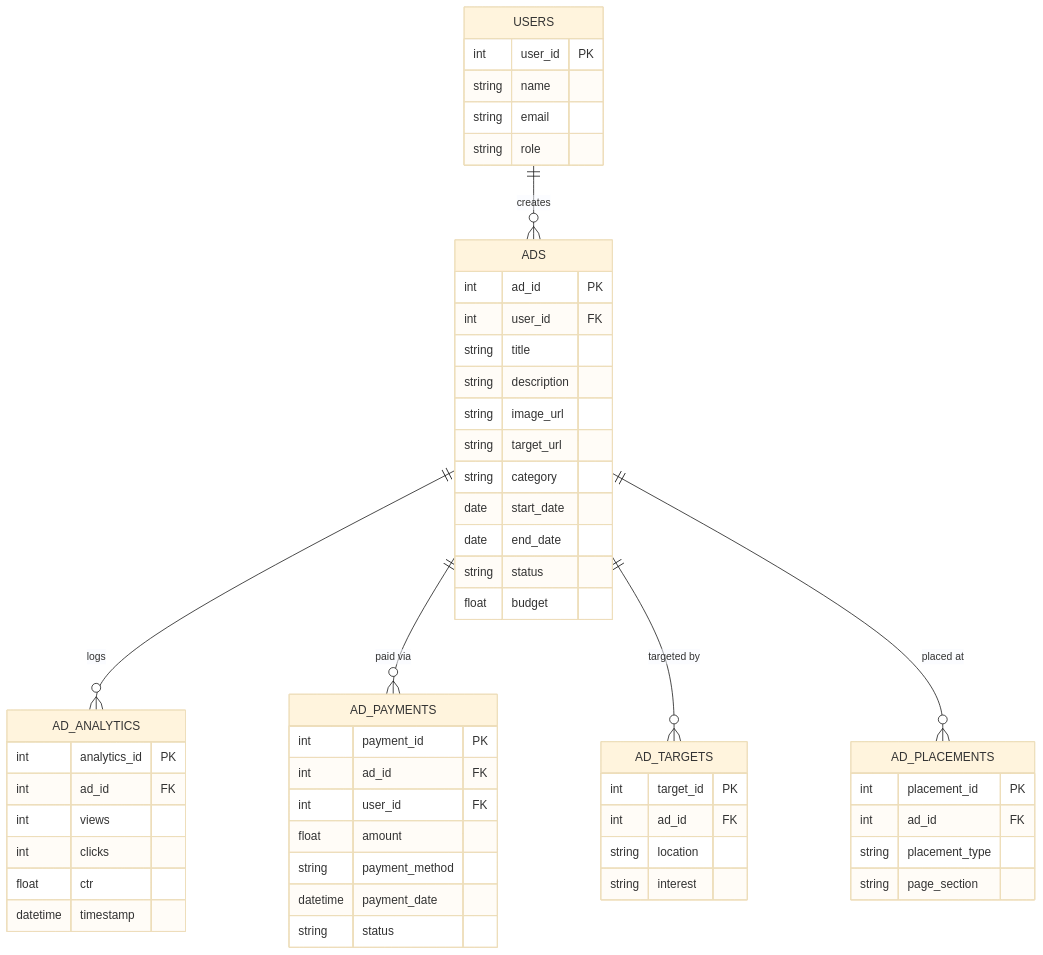
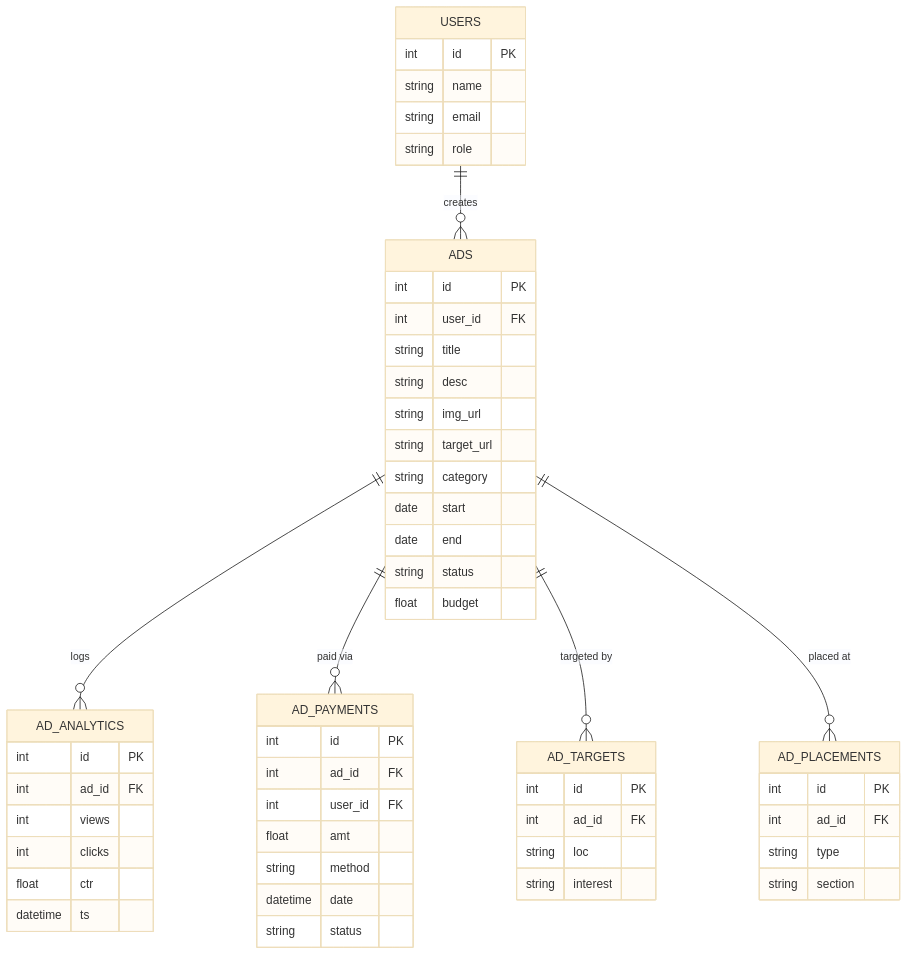
One commit to Anusha-Devadiga79/Game changed the second of 2 diagrams in README.md. Above: the diagram before and after it, drawn with Mermaid (base theme).

````diff
--- a/README.md
+++ b/README.md
@@ -243,56 +243,58 @@
 ```mermaid
 erDiagram
     USERS {
-        int user_id PK
+        int id PK
         string name
         string email
         string role
     }
     ADS {
-        int ad_id PK
+        int id PK
         int user_id FK
         string title
-        string description
-        string image_url
+        string desc
+        string img_url
         string target_url
         string category
-        date start_date
-        date end_date
+        date start
+        date end
         string status
         float budget
     }
     AD_ANALYTICS {
-        int analytics_id PK
+        int id PK
         int ad_id FK
         int views
         int clicks
         float ctr
-        datetime timestamp
+        datetime ts
     }
     AD_PAYMENTS {
-        int payment_id PK
+        int id PK
         int ad_id FK
         int user_id FK
-        float amount
-        string payment_method
-        datetime payment_date
+        float amt
+        string method
+        datetime date
         string status
     }
     AD_TARGETS {
-        int target_id PK
+        int id PK
         int ad_id FK
-        string location
+        string loc
         string interest
     }
     AD_PLACEMENTS {
-        int placement_id PK
+        int id PK
         int ad_id FK
-        string placement_type
-        string page_section
+        string type
+        string section
     }
+
     USERS ||--o{ ADS : "creates"
     ADS ||--o{ AD_ANALYTICS : "logs"
     ADS ||--o{ AD_PAYMENTS : "paid via"
     ADS ||--o{ AD_TARGETS : "targeted by"
     ADS ||--o{ AD_PLACEMENTS : "placed at"
+
 ```
````
